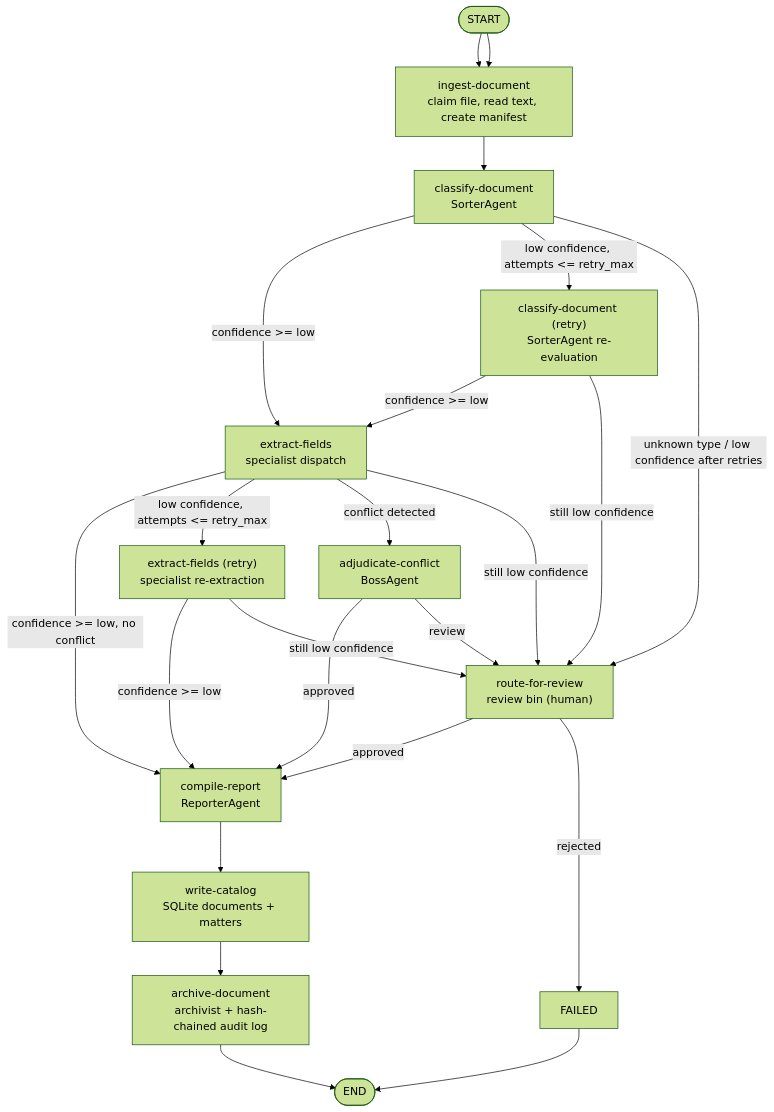
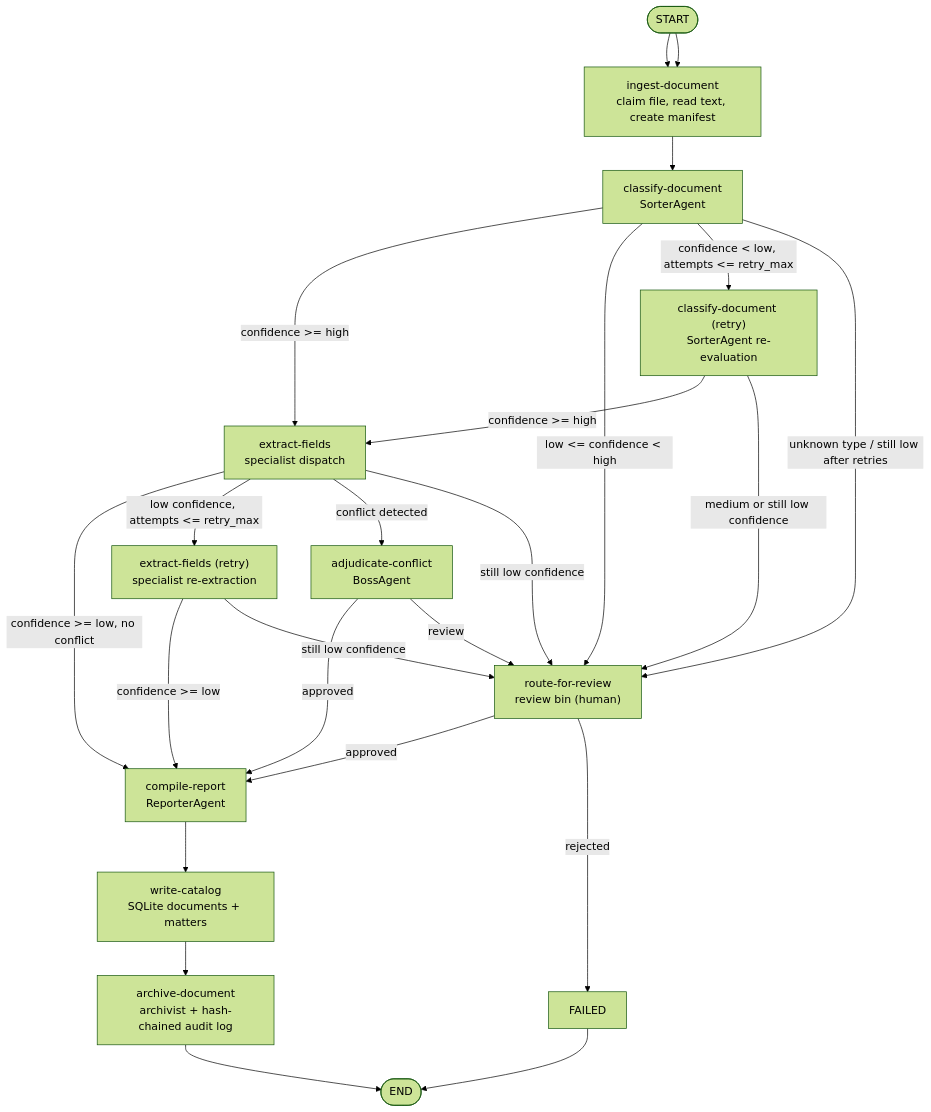
The first of 2 diagrams in docs/architecture.md (Exios66/llm-mailroom), drawn with Mermaid (forest theme) before and after one commit. The commit also changed other lines of this file and 22 other files, not shown here.

First line of the commit message:
Route medium-confidence classifications to review

````diff
--- a/docs/architecture.md
+++ b/docs/architecture.md
@@ -11,40 +11,41 @@
 ```mermaid
 flowchart TD
     START([START]) --> INGEST
 
     INGEST["ingest-document<br/>claim file, read text, create manifest"]
     CLASSIFY["classify-document<br/>SorterAgent"]
     RETRY_CLASS["classify-document (retry)<br/>SorterAgent re-evaluation"]
     EXTRACT["extract-fields<br/>specialist dispatch"]
     RETRY_EXTRACT["extract-fields (retry)<br/>specialist re-extraction"]
     BOSS["adjudicate-conflict<br/>BossAgent"]
     REVIEW["route-for-review<br/>review bin (human)"]
     REPORT["compile-report<br/>ReporterAgent"]
     CATALOG["write-catalog<br/>SQLite documents + matters"]
     ARCHIVE["archive-document<br/>archivist + hash-chained audit log"]
     FAILED["FAILED"]
     ENDX([END])
 
     START --> INGEST
     INGEST --> CLASSIFY
 
-    CLASSIFY -- "confidence >= low" --> EXTRACT
-    CLASSIFY -- "low confidence, attempts <= retry_max" --> RETRY_CLASS
-    CLASSIFY -- "unknown type / low confidence after retries" --> REVIEW
-    RETRY_CLASS -- "confidence >= low" --> EXTRACT
-    RETRY_CLASS -- "still low confidence" --> REVIEW
+    CLASSIFY -- "confidence >= high" --> EXTRACT
+    CLASSIFY -- "low <= confidence < high" --> REVIEW
+    CLASSIFY -- "confidence < low, attempts <= retry_max" --> RETRY_CLASS
+    CLASSIFY -- "unknown type / still low after retries" --> REVIEW
+    RETRY_CLASS -- "confidence >= high" --> EXTRACT
+    RETRY_CLASS -- "medium or still low confidence" --> REVIEW
 
     EXTRACT -- "confidence >= low, no conflict" --> REPORT
     EXTRACT -- "low confidence, attempts <= retry_max" --> RETRY_EXTRACT
     EXTRACT -- "conflict detected" --> BOSS
     EXTRACT -- "still low confidence" --> REVIEW
     RETRY_EXTRACT -- "confidence >= low" --> REPORT
     RETRY_EXTRACT -- "still low confidence" --> REVIEW
 
     BOSS -- "approved" --> REPORT
     BOSS -- "review" --> REVIEW
     REVIEW -- "approved" --> REPORT
     REVIEW -- "rejected" --> FAILED --> ENDX
 
     REPORT --> CATALOG --> ARCHIVE --> ENDX
 ```
````
